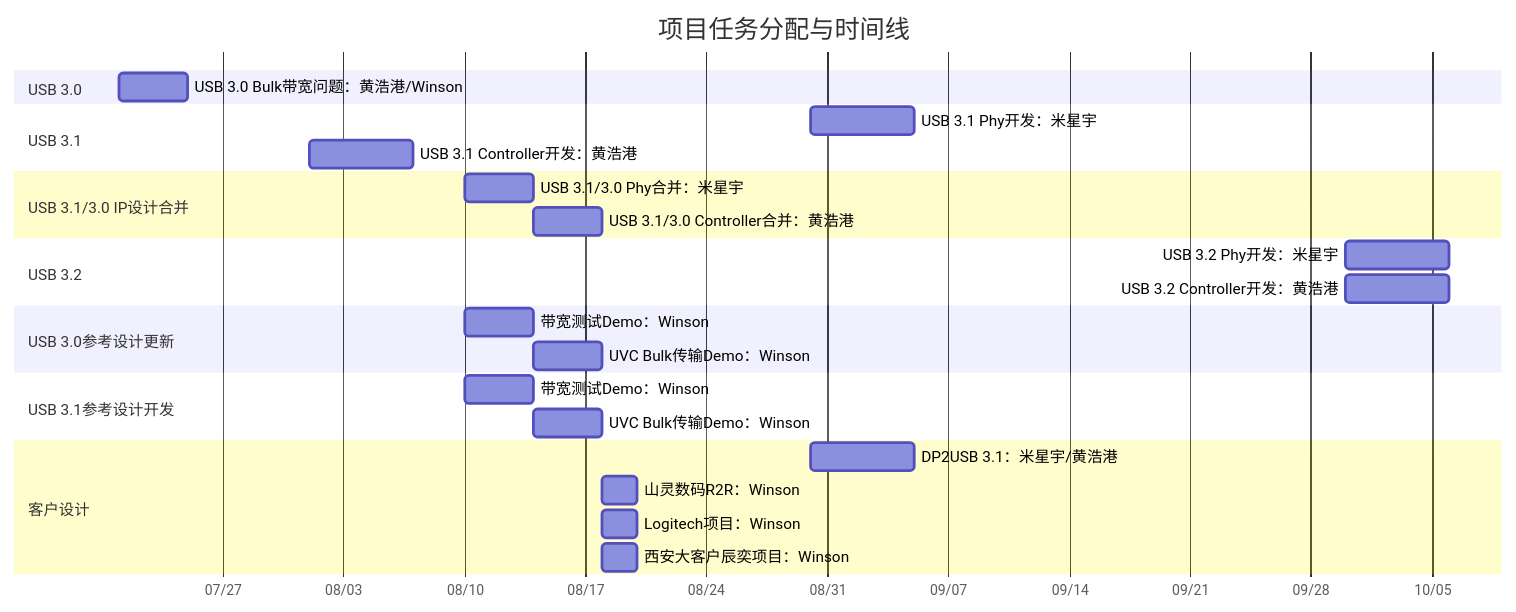
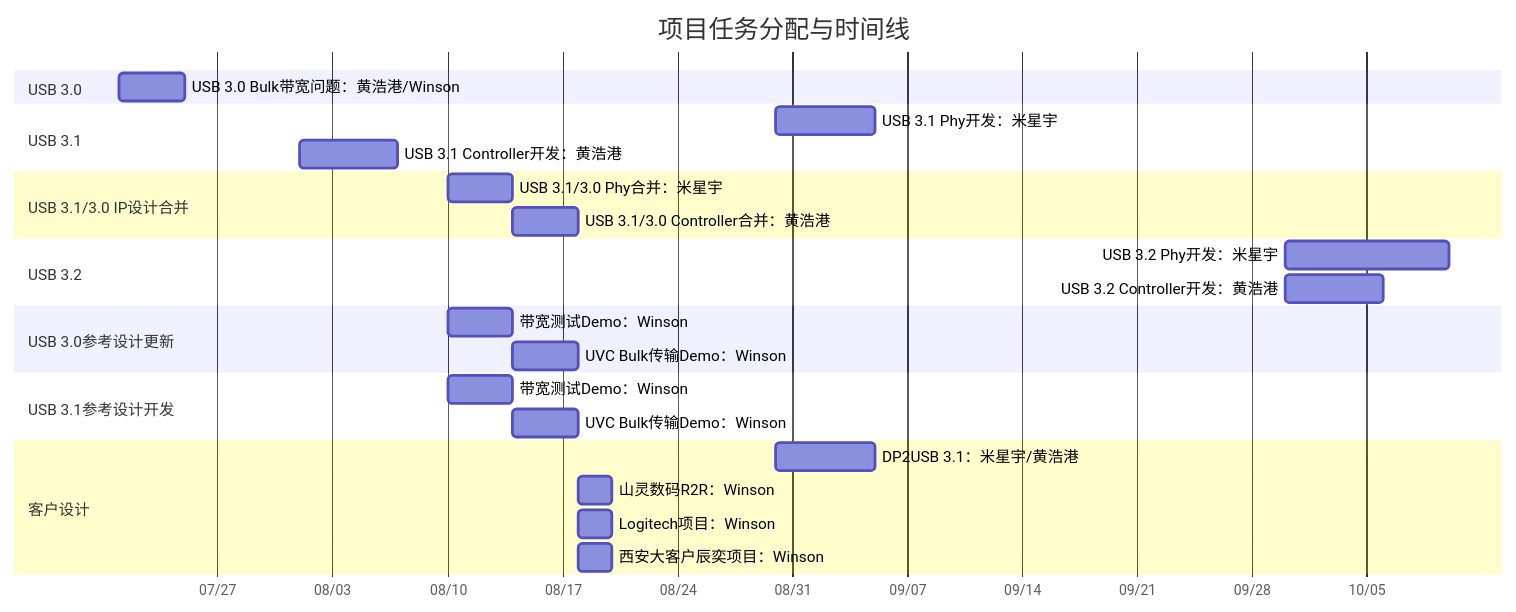
One commit to winsonbook/iodraw-files changed the diagram in all/未命名.md. Above: the diagram before and after it, drawn with Mermaid.

Commit message:
2025-07-21 10:08:49 update

````diff
--- a/all/未命名.md
+++ b/all/未命名.md
@@ -1,35 +1,35 @@
 ```mermaid
 gantt
     title 项目任务分配与时间线
     dateFormat  YYYY-MM-DD
     axisFormat  %m/%d
 
     section USB 3.0
     USB 3.0 Bulk带宽问题：黄浩港/Winson   :    task1, 2025-07-21, 4d
 
     section USB 3.1
     USB 3.1 Phy开发：米星宇      :         task2, 2025-08-30, 6d
     USB 3.1 Controller开发：黄浩港      :  task3, 2025-08-01, 6d
 
     section USB 3.1/3.0 IP设计合并
     USB 3.1/3.0 Phy合并：米星宇       :    task4, 2025-08-10, 4d
     USB 3.1/3.0 Controller合并：黄浩港:    task5, 2025-08-14, 4d
 
     section USB 3.2
-    USB 3.2 Phy开发：米星宇      :         task2, 2025-09-30, 6d
+    USB 3.2 Phy开发：米星宇      :         task2, 2025-09-30, 10d
     USB 3.2 Controller开发：黄浩港      :  task3, 2025-09-30, 6d
 
     section USB 3.0参考设计更新
     带宽测试Demo：Winson       :         task6, 2025-08-10, 4d
     UVC Bulk传输Demo：Winson   :        task7, 2025-08-14, 4d
 
     section USB 3.1参考设计开发
     带宽测试Demo：Winson       :         task8, 2025-08-10, 4d
     UVC Bulk传输Demo：Winson   :         task9, 2025-08-14, 4d
 
     section 客户设计
     DP2USB 3.1：米星宇/黄浩港      :task10, 2025-08-30, 6d
     山灵数码R2R：Winson :             task11, 2025-08-18, 2d
     Logitech项目：Winson :            task12, 2025-08-18, 2d
     西安大客户辰奕项目：Winson :       task13, 2025-08-18, 2d
 ```
````
